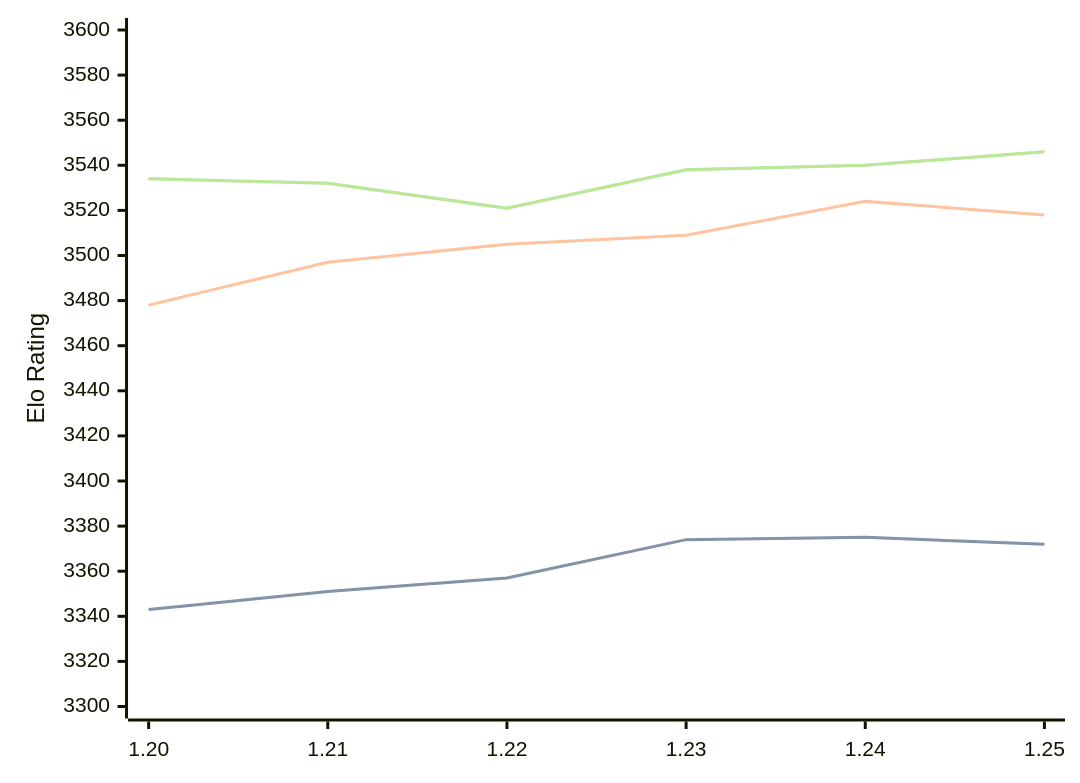
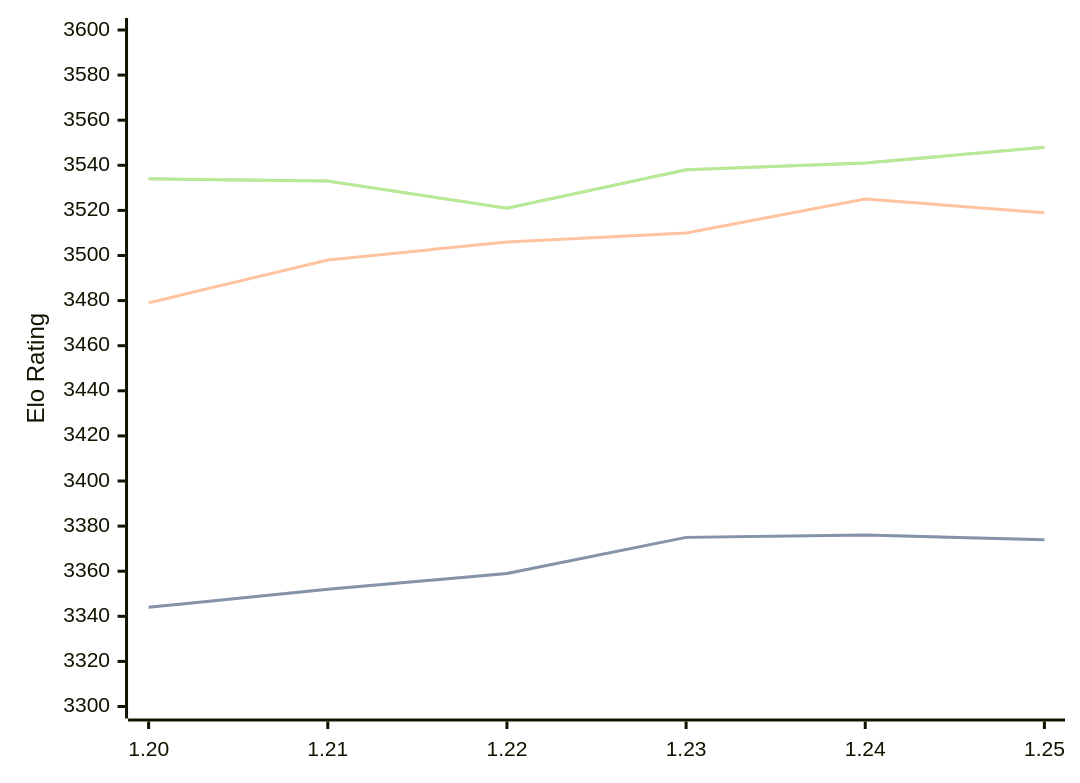
The first of 3 diagrams in engines/Caissa.md (computer-chess-index/cci), drawn with Mermaid before and after one commit. The commit also changed other lines of this file, not shown here.

Commit message:
Update CCI Ratings (ELO VLTC) - 2026-07-02

````diff
--- a/engines/Caissa.md
+++ b/engines/Caissa.md
@@ -65,11 +65,11 @@
 ```mermaid
 %%{init: {"theme":"base","themeVariables":{"seriesColors:['#a3a3a3','#222221','#faa371']}}}%%
 xychart-beta
   x-axis ["1.20", "1.21", "1.22", "1.23", "1.24", "1.25"]
   y-axis "Elo Rating" 3300 --> 3600
-  line "STC (8.0+0.08s)" [3343, 3351, 3357, 3374, 3375, 3372]
-  line "STC (8.0+0.08s)" [3343, 3351, 3357, 3374, 3375, 3372]
-  line "LTC (60.0+0.60s)" [3478, 3497, 3505, 3509, 3524, 3518]
-  line "VLTC (2m24s+1.12s)" [3534, 3532, 3521, 3538, 3540, 3546]
-  line "VLTC (2m24s+1.12s)" [3534, 3532, 3521, 3538, 3540, 3546]
+  line "STC (8.0+0.08s)" [3344, 3352, 3359, 3375, 3376, 3374]
+  line "STC (8.0+0.08s)" [3344, 3352, 3359, 3375, 3376, 3374]
+  line "LTC (60.0+0.60s)" [3479, 3498, 3506, 3510, 3525, 3519]
+  line "VLTC (2m24s+1.12s)" [3534, 3533, 3521, 3538, 3541, 3548]
+  line "VLTC (2m24s+1.12s)" [3534, 3533, 3521, 3538, 3541, 3548]
 ```
````
